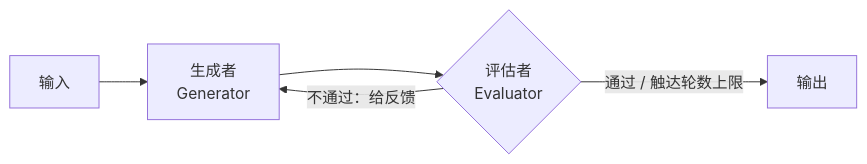
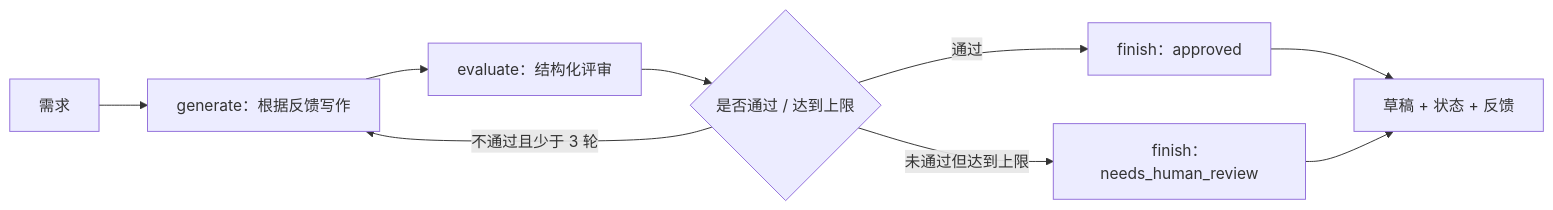
Before and after one commit to AI-Redfish/Agent: the fourth of 8 diagrams in 04.Agent开发/05.multiAgent/01.多智能体系统设计.md, drawn with Mermaid. The commit also changed other lines of this file and 12 other files, not shown here.

````diff
--- a/04.Agent开发/05.multiAgent/01.多智能体系统设计.md
+++ b/04.Agent开发/05.multiAgent/01.多智能体系统设计.md
@@ -151,7 +347,11 @@
 ```mermaid
 flowchart LR
-    IN["输入"] --> GEN["生成者<br/>Generator"]
-    GEN --> EV{"评估者<br/>Evaluator"}
-    EV -->|"不通过：给反馈"| GEN
-    EV -->|"通过 / 触达轮数上限"| OUT["输出"]
+    IN["需求"] --> G["generate：根据反馈写作"]
+    G --> E["evaluate：结构化评审"]
+    E --> R{"是否通过 / 达到上限"}
+    R -->|"不通过且少于 3 轮"| G
+    R -->|"通过"| F["finish：approved"]
+    R -->|"未通过但达到上限"| F2["finish：needs_human_review"]
+    F --> OUT["草稿 + 状态 + 反馈"]
+    F2 --> OUT
 ```
````
